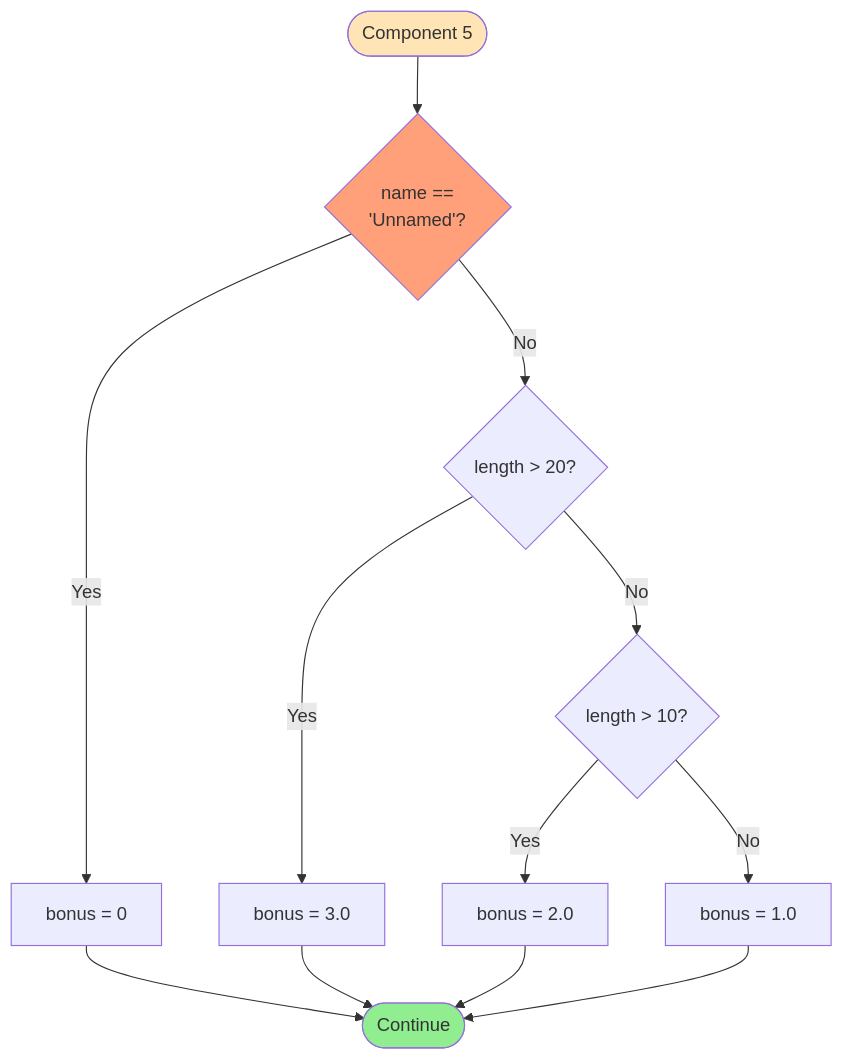
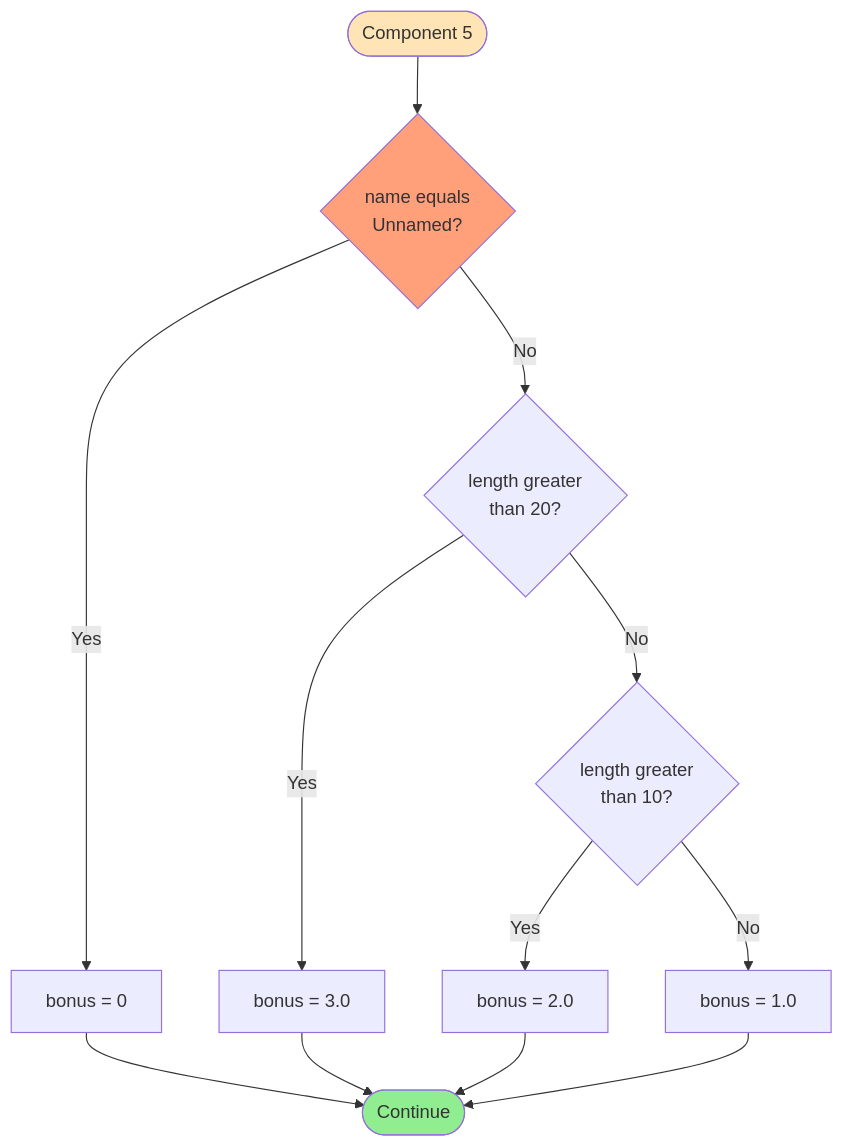
Before and after one commit to 24127592-UcNguyenAnhVo/Rank_accom: the fifth of 7 diagrams in Ranking_Algorithm_Documentation/03_Flowchart/flowchart_components.md, drawn with Mermaid. The commit also changed other lines of this file, not shown here.

````diff
--- a/Ranking_Algorithm_Documentation/03_Flowchart/flowchart_components.md
+++ b/Ranking_Algorithm_Documentation/03_Flowchart/flowchart_components.md
@@ -122,22 +144,22 @@
 ```mermaid
 flowchart TD
-    Start([Component 5]) --> CheckUnnamed{name ==<br/>'Unnamed'?}
+    Start([Component 5]) --> CheckUnnamed{name equals<br/>Unnamed?}
     
     CheckUnnamed -->|Yes| NoBonus[bonus = 0]
-    CheckUnnamed -->|No| Check20{length > 20?}
+    CheckUnnamed -->|No| Check20{length greater<br/>than 20?}
     
     Check20 -->|Yes| Bonus3[bonus = 3.0]
-    Check20 -->|No| Check10{length > 10?}
+    Check20 -->|No| Check10{length greater<br/>than 10?}
     
     Check10 -->|Yes| Bonus2[bonus = 2.0]
     Check10 -->|No| Bonus1[bonus = 1.0]
     
     NoBonus --> End([Continue])
     Bonus3 --> End
     Bonus2 --> End
     Bonus1 --> End
     
     style Start fill:#FFE4B5
     style CheckUnnamed fill:#FFA07A
     style End fill:#90EE90
 ```
````
